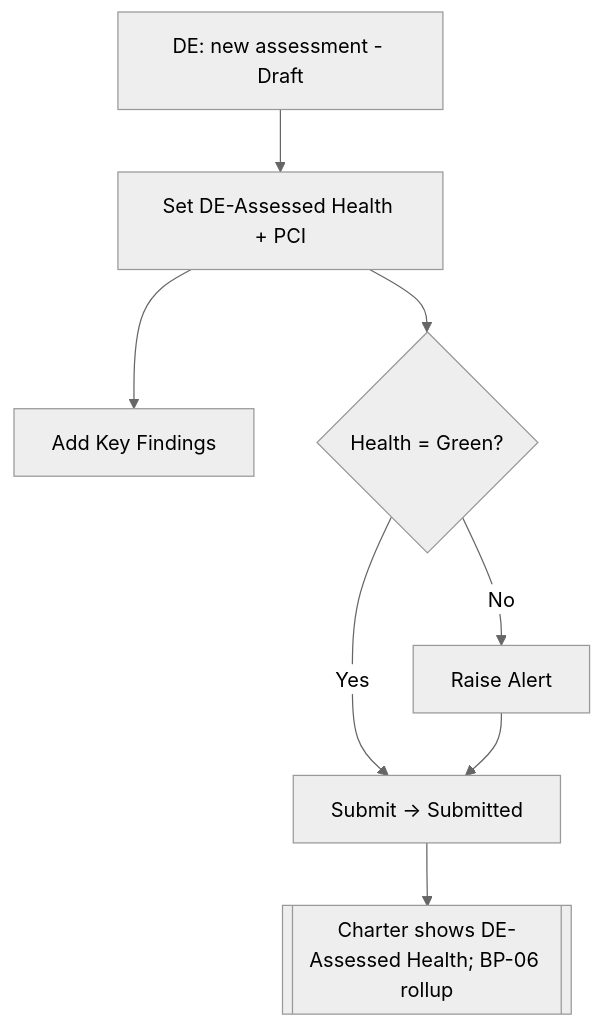
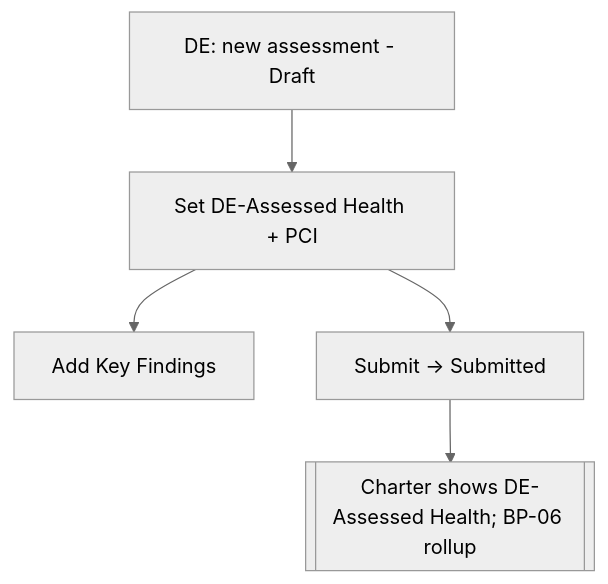
Before and after one commit to gharibct/BCTProjectGovernance: the fourth of 10 diagrams in product-brain/02_end_to_end_business_processes.md, drawn with Mermaid (neutral theme). The commit also changed other lines of this file and 188 other files, not shown here.

````diff
--- a/product-brain/02_end_to_end_business_processes.md
+++ b/product-brain/02_end_to_end_business_processes.md
@@ -254,10 +252,7 @@
 ```mermaid
 flowchart TD
     A[DE: new assessment - Draft] --> H[Set DE-Assessed Health + PCI]
     H --> F[Add Key Findings]
-    H --> G{Health = Green?}
-    G -- No --> AL[Raise Alert]
-    G -- Yes --> SUB
-    AL --> SUB[Submit -> Submitted]
+    H --> SUB[Submit -> Submitted]
     SUB --> CH[[Charter shows DE-Assessed Health; BP-06 rollup]]
 ```
````
